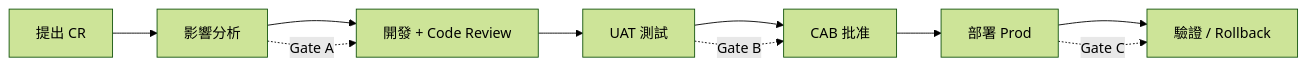
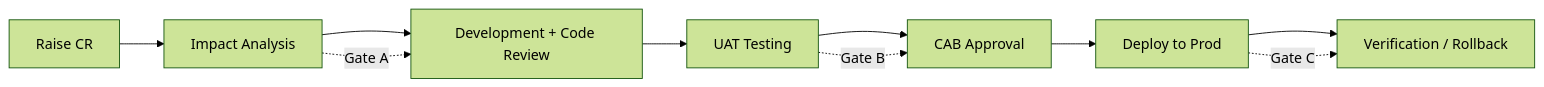
Before and after one commit to lvccwk/agent-workflow: the diagram in docs/SQL_Developer/SDLC-Framework.md, drawn with Mermaid (forest theme). The commit also changed other lines of this file and 5 other files, not shown here.

````diff
--- a/docs/SQL_Developer/SDLC-Framework.md
+++ b/docs/SQL_Developer/SDLC-Framework.md
@@ -37,13 +37,13 @@
 ```mermaid
 flowchart LR
-    A[提出 CR] --> B[影響分析]
-    B --> C[開發 + Code Review]
-    C --> D[UAT 測試]
-    D --> E[CAB 批准]
-    E --> F[部署 Prod]
-    F --> G[驗證 / Rollback]
+    A[Raise CR] --> B[Impact Analysis]
+    B --> C[Development + Code Review]
+    C --> D[UAT Testing]
+    D --> E[CAB Approval]
+    E --> F[Deploy to Prod]
+    F --> G[Verification / Rollback]
 
     B -.Gate A.-> C
     D -.Gate B.-> E
     F -.Gate C.-> G
 ```
````
